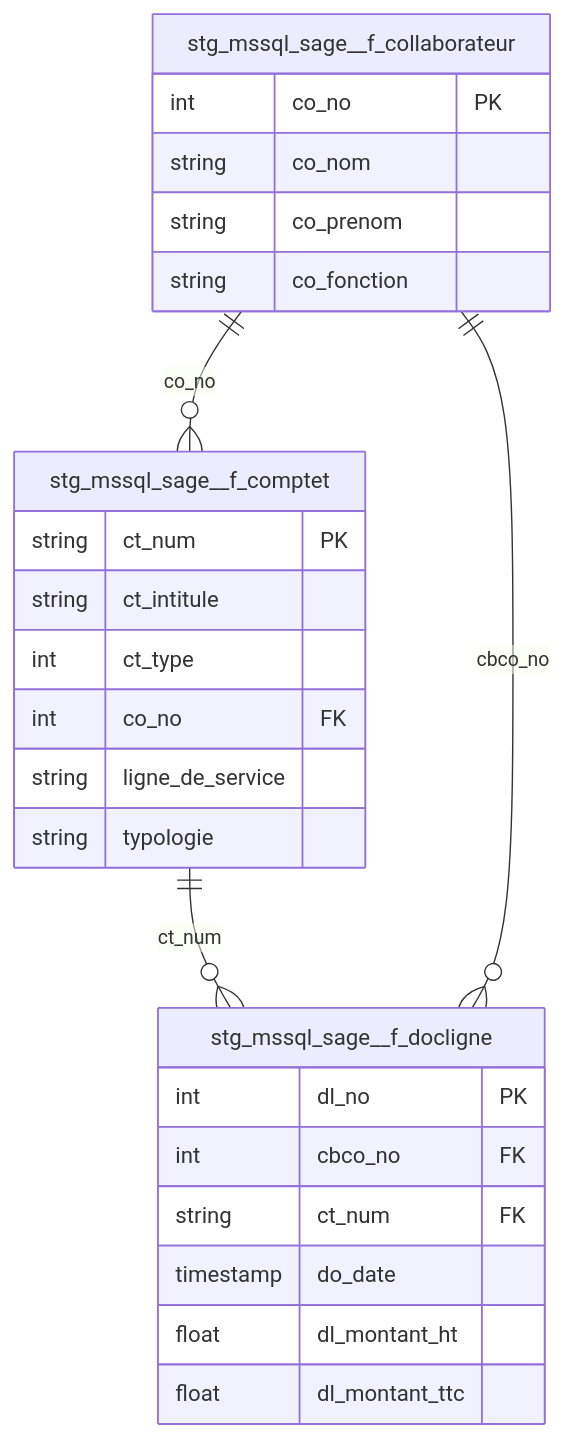
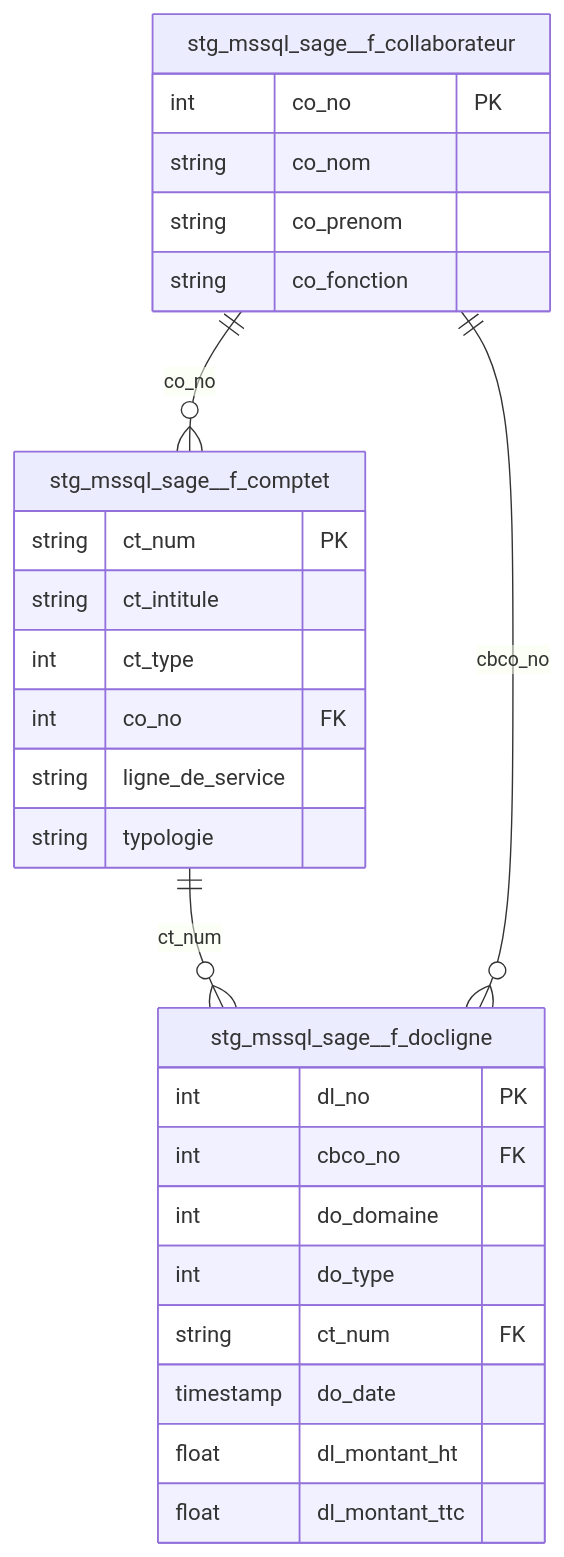
One commit to CebrailEVS/dbt_transform changed the second of 3 diagrams in docs/architecture/mssql_sage.md. Above: the diagram before and after it, drawn with Mermaid. The commit also changed other lines of this file, not shown here.

First line of the commit message:
docs(mssql_sage): document do_domaine diagnostic in architecture doc

````diff
--- a/docs/architecture/mssql_sage.md
+++ b/docs/architecture/mssql_sage.md
@@ -143,37 +143,39 @@
 ```mermaid
 erDiagram
 
     stg_mssql_sage__f_comptet {
         string ct_num PK
         string ct_intitule
         int ct_type
         int co_no FK
         string ligne_de_service
         string typologie
     }
 
     stg_mssql_sage__f_collaborateur {
         int co_no PK
         string co_nom
         string co_prenom
         string co_fonction
     }
 
     stg_mssql_sage__f_docligne {
         int dl_no PK
         int cbco_no FK
+        int do_domaine
+        int do_type
         string ct_num FK
         timestamp do_date
         float dl_montant_ht
         float dl_montant_ttc
     }
 
     %% Comptes tiers → collaborateur (commercial attribué)
     stg_mssql_sage__f_collaborateur ||--o{ stg_mssql_sage__f_comptet : "co_no"
 
     %% Docligne → comptet (client)
     stg_mssql_sage__f_comptet ||--o{ stg_mssql_sage__f_docligne : "ct_num"
 
     %% Docligne → collaborateur (vendeur)
     stg_mssql_sage__f_collaborateur ||--o{ stg_mssql_sage__f_docligne : "cbco_no"
 ```
````
